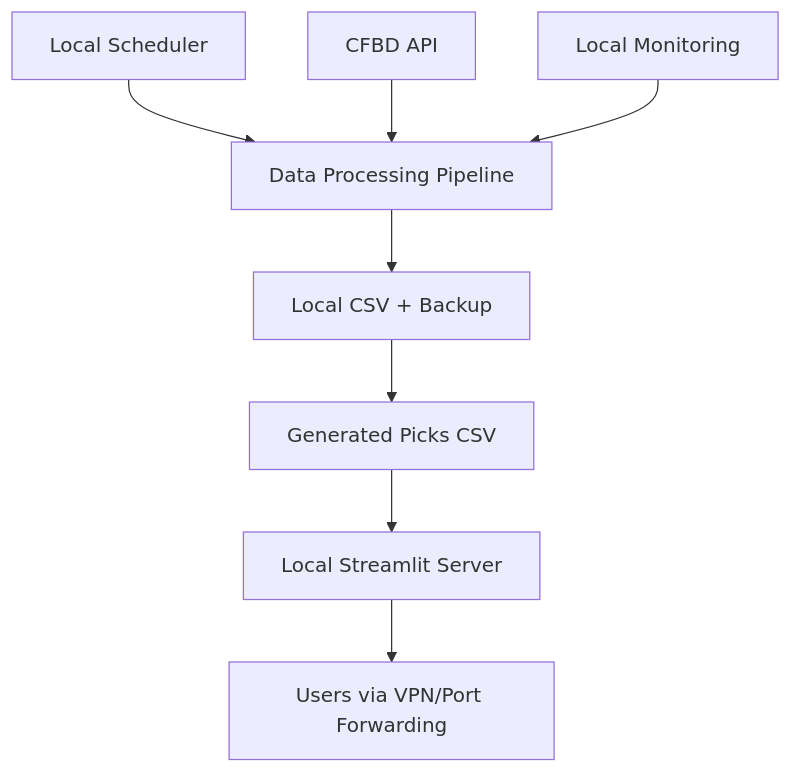
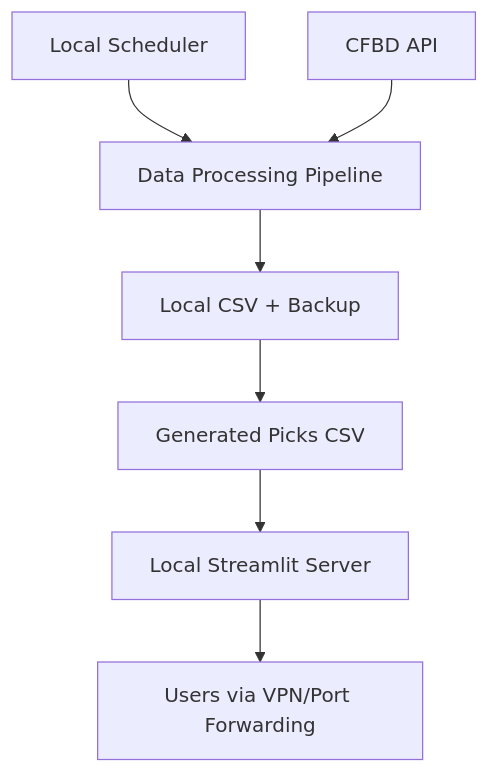
The third of 3 diagrams in docs/operations/production_deployment.md (connorkitchings/cfb_model), drawn with Mermaid before and after one commit. The commit also changed other lines of this file and 7 other files, not shown here.

````diff
--- a/docs/operations/production_deployment.md
+++ b/docs/operations/production_deployment.md
@@ -87,10 +72,9 @@
 ```mermaid
 graph TD
     A[Local Scheduler] --> B[Data Processing Pipeline]
     B --> C[Local CSV + Backup]
     C --> D[Generated Picks CSV]
     D --> E[Local Streamlit Server]
     E --> F[Users via VPN/Port Forwarding]
     G[CFBD API] --> B
-    H[Local Monitoring] --> B
 ```
````
